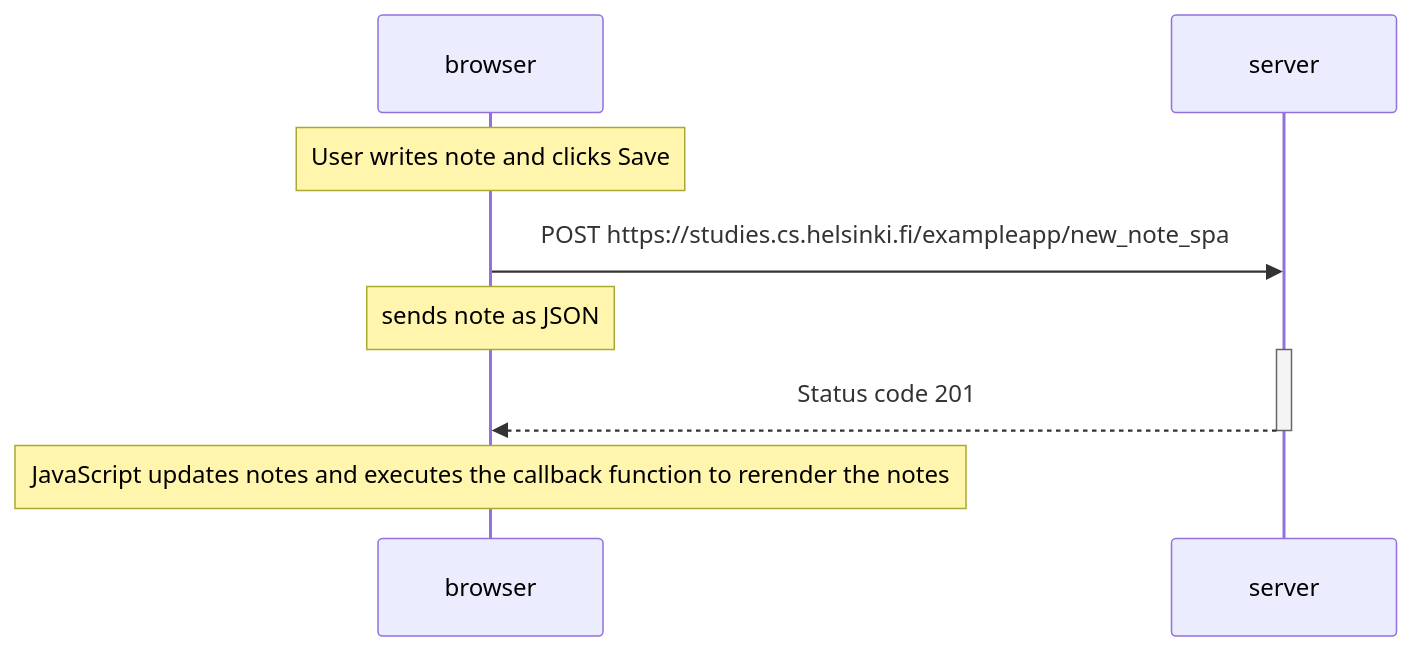
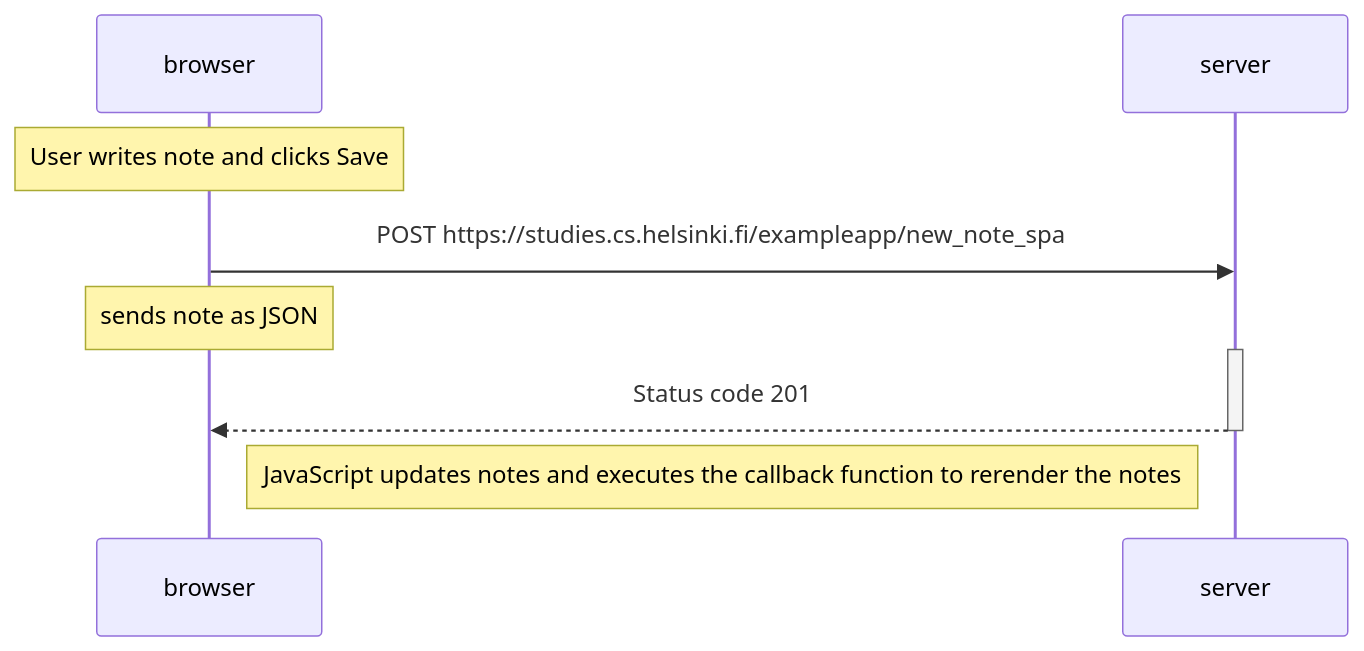
One commit to tarunvyas-maglabs/part0 changed the diagram in new-note-in-single-page-app-diagram.md. Above: the diagram before and after it, drawn with Mermaid.

Commit message:
Edited the diagram

````diff
--- a/new-note-in-single-page-app-diagram.md
+++ b/new-note-in-single-page-app-diagram.md
@@ -1,15 +1,15 @@
 ```mermaid
 sequenceDiagram
     participant browser
     participant server
 
     Note over browser: User writes note and clicks Save
 
     browser->>server: POST https://studies.cs.helsinki.fi/exampleapp/new_note_spa
     Note over browser: sends note as JSON
     activate server
     server-->>browser: Status code 201
     deactivate server
     
-    Note over browser: JavaScript updates notes and executes the callback function to rerender the notes 
+    Note right of browser: JavaScript updates notes and executes the callback function to rerender the notes 
 ```
````
